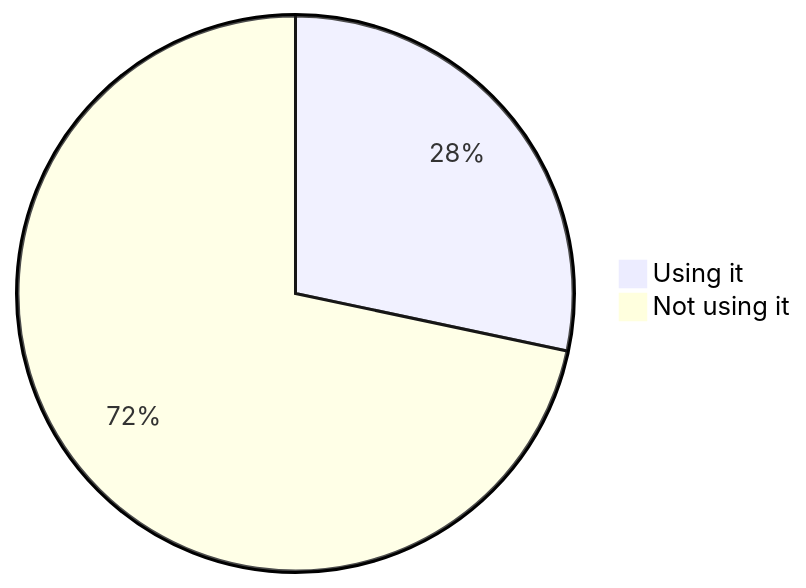
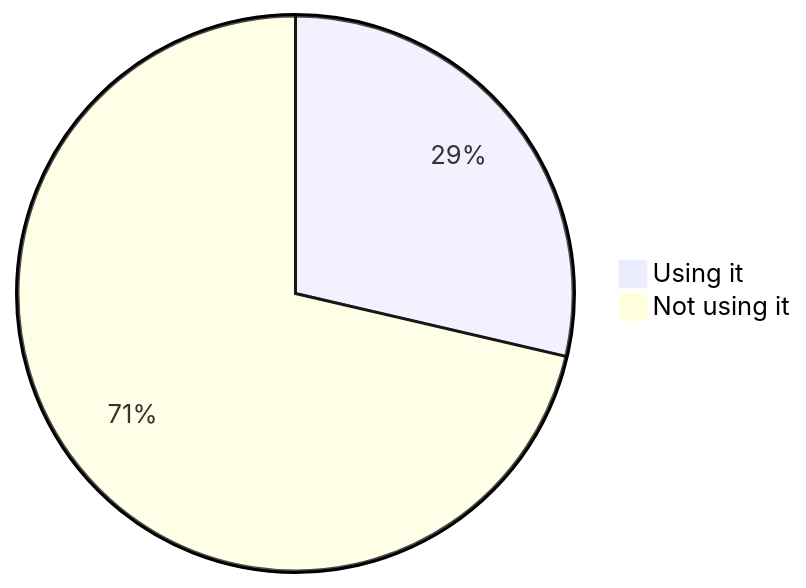
Diagram 15 of 22 in stats.md (oshp/oshp-stats), drawn with Mermaid before and after one commit. The commit also changed other lines of this file, not shown here.

````diff
--- a/stats.md
+++ b/stats.md
@@ -178,6 +178,6 @@
 ```mermaid
 pie
-	"Using it" : 28.32
-	"Not using it" : 71.68
+	"Using it" : 28.64
+	"Not using it" : 71.36
 
 ```
````
